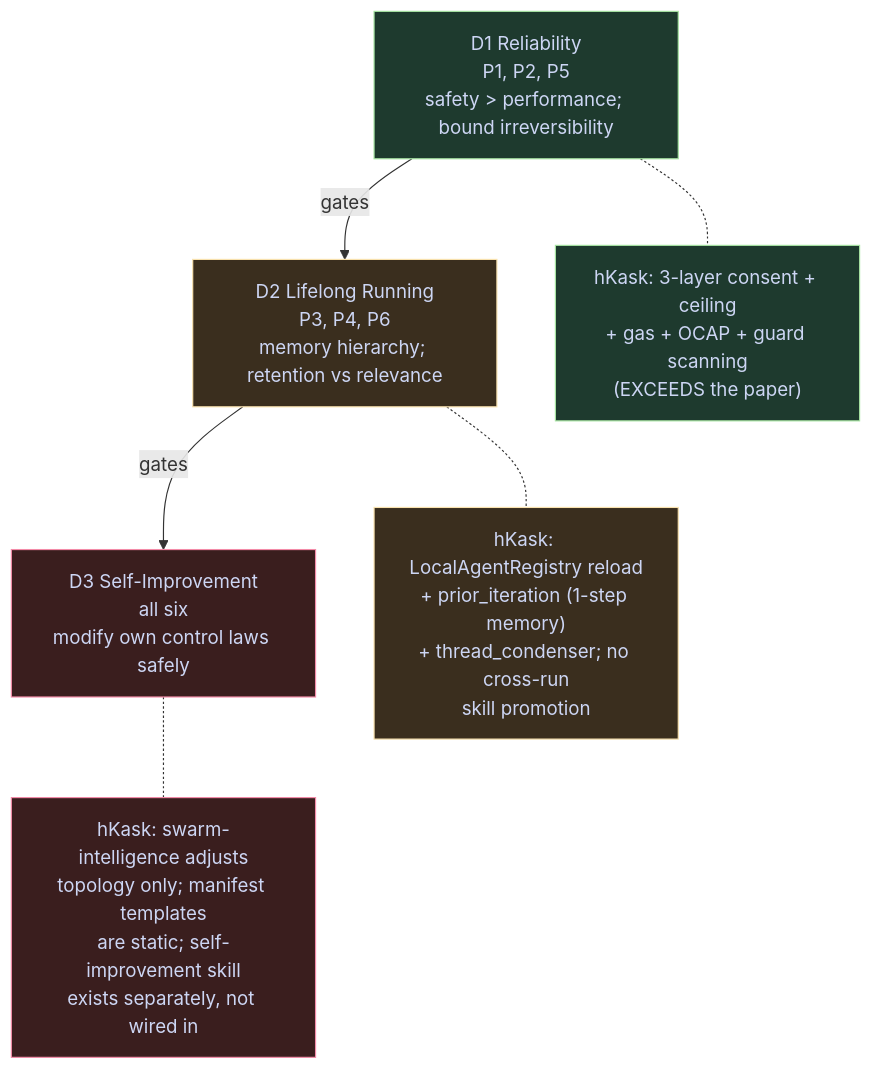
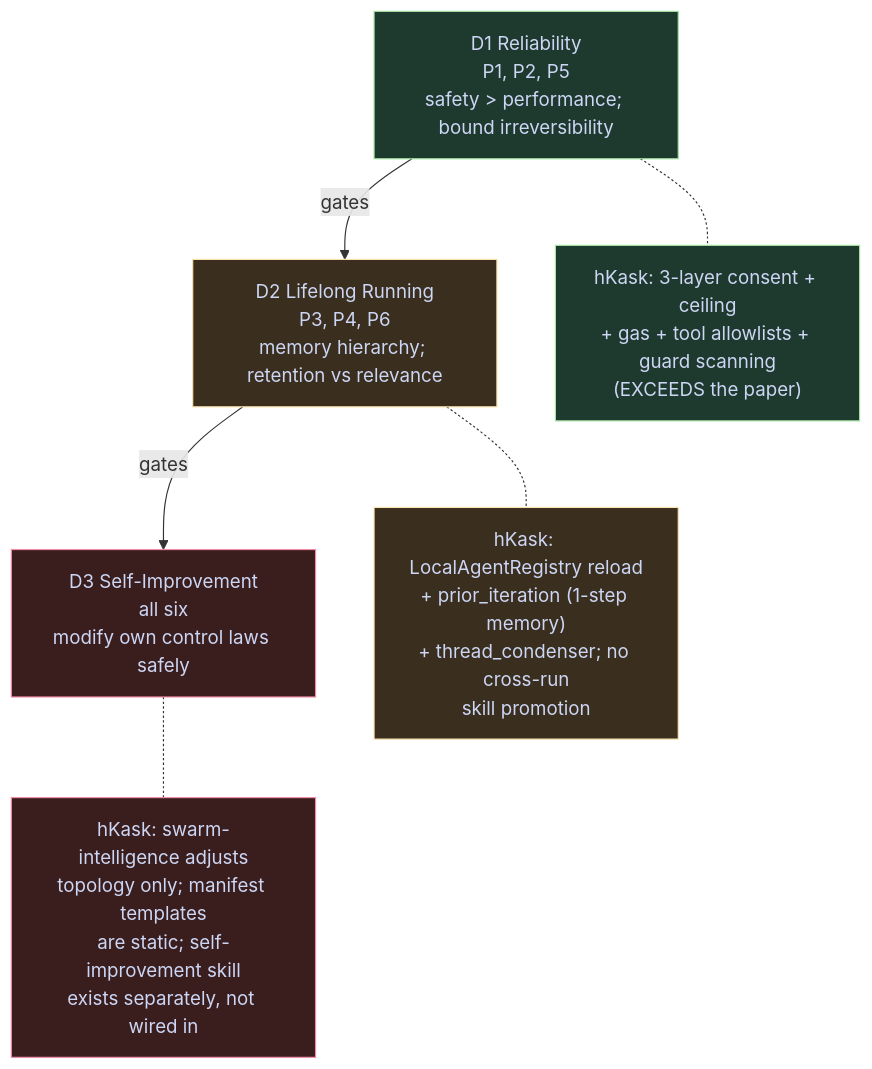
Before and after one commit to mdz-axo/zed-kask: the first of 3 diagrams in kask/docs/plans/cybernetic-swarm-plan.md, drawn with Mermaid. The commit also changed other lines of this file and 30 other files, not shown here.

````diff
--- a/kask/docs/plans/cybernetic-swarm-plan.md
+++ b/kask/docs/plans/cybernetic-swarm-plan.md
@@ -168,21 +181,21 @@
 ```mermaid
 flowchart TD
   classDef has fill:#1e3a2e,stroke:#a6e3a1,color:#cdd6f4
   classDef partial fill:#3a2e1e,stroke:#f9e2af,color:#cdd6f4
   classDef gap fill:#3a1e1e,stroke:#f38ba8,color:#cdd6f4
 
   D1["D1 Reliability<br/>P1, P2, P5<br/>safety > performance; bound irreversibility"]:::has
   D2["D2 Lifelong Running<br/>P3, P4, P6<br/>memory hierarchy; retention vs relevance"]:::partial
   D3["D3 Self-Improvement<br/>all six<br/>modify own control laws safely"]:::gap
 
   D1 -->|gates| D2
   D2 -->|gates| D3
 
-  D1H["hKask: 3-layer consent + ceiling<br/>+ gas + OCAP + guard scanning<br/>(EXCEEDS the paper)"]:::has
+  D1H["hKask: 3-layer consent + ceiling<br/>+ gas + tool allowlists + guard scanning<br/>(EXCEEDS the paper)"]:::has
   D2H["hKask: LocalAgentRegistry reload<br/>+ prior_iteration (1-step memory)<br/>+ thread_condenser; no cross-run<br/>skill promotion"]:::partial
   D3H["hKask: swarm-intelligence adjusts<br/>topology only; manifest templates<br/>are static; self-improvement skill<br/>exists separately, not wired in"]:::gap
 
   D1 -.- D1H
   D2 -.- D2H
   D3 -.- D3H
 ```
````
